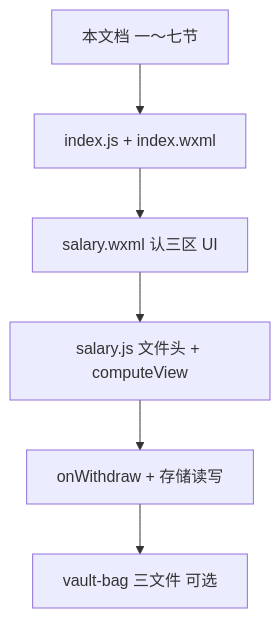
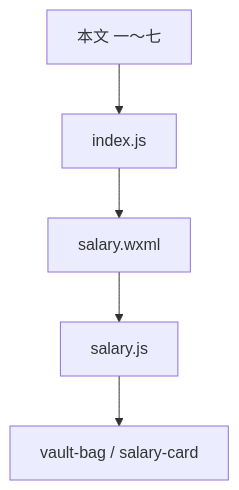
One commit to ToneyAlessio/salary_count changed the second of 2 diagrams in main/代码阅读指南.md. Above: the diagram before and after it, drawn with Mermaid. The commit also changed other lines of this file and 21 other files, not shown here.

````diff
--- a/main/代码阅读指南.md
+++ b/main/代码阅读指南.md
@@ -142,8 +149,7 @@
 ```mermaid
 flowchart TD
-    A[本文档 一～七节] --> B[index.js + index.wxml]
-    B --> C[salary.wxml 认三区 UI]
-    C --> D[salary.js 文件头 + computeView]
-    D --> E[onWithdraw + 存储读写]
-    E --> F[vault-bag 三文件 可选]
+    A[本文 一～七] --> B[index.js]
+    B --> C[salary.wxml]
+    C --> D[salary.js]
+    D --> E[vault-bag / salary-card]
 ```
````
